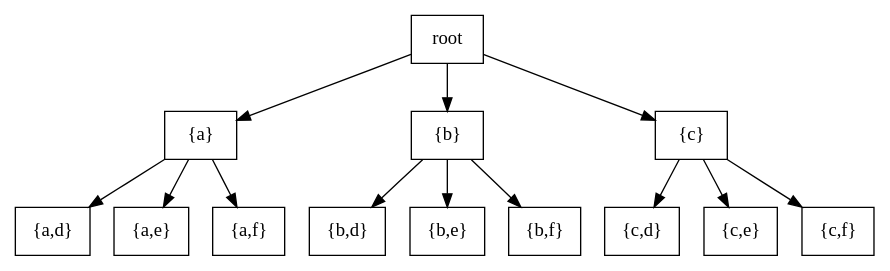
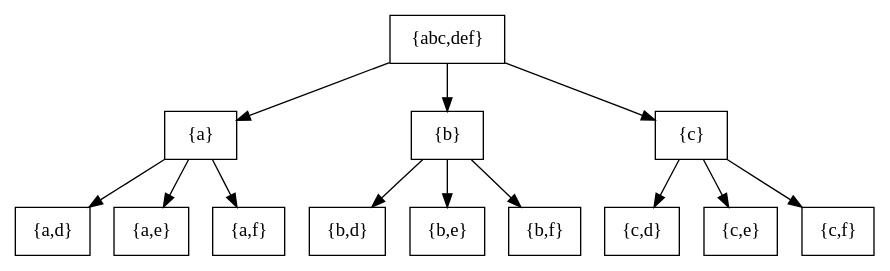
One commit to pangyouzhen/data-structure changed the diagram in base/backtracking/17.dot. Above: the diagram before and after it, drawn with Graphviz. The commit also changed 8 other files, not shown here.

```diff
--- a/base/backtracking/17.dot
+++ b/base/backtracking/17.dot
@@ -1,17 +1,17 @@
 digraph G {
     node [shape = "box",];
     {
-    "root" -> "{a}";
+    "{abc,def}" -> "{a}";
     "{a}" -> "{a,d}";
     "{a}" -> "{a,e}";
     "{a}" -> "{a,f}"
-    "root" -> "{b}";
+    "{abc,def}" -> "{b}";
     "{b}" -> "{b,d}";
     "{b}" -> "{b,e}";
     "{b}" -> "{b,f}";
-    "root" -> "{c}";
+    "{abc,def}" -> "{c}";
     "{c}" -> "{c,d}";
     "{c}" -> "{c,e}";
     "{c}" -> "{c,f}";
     }
 }
```
